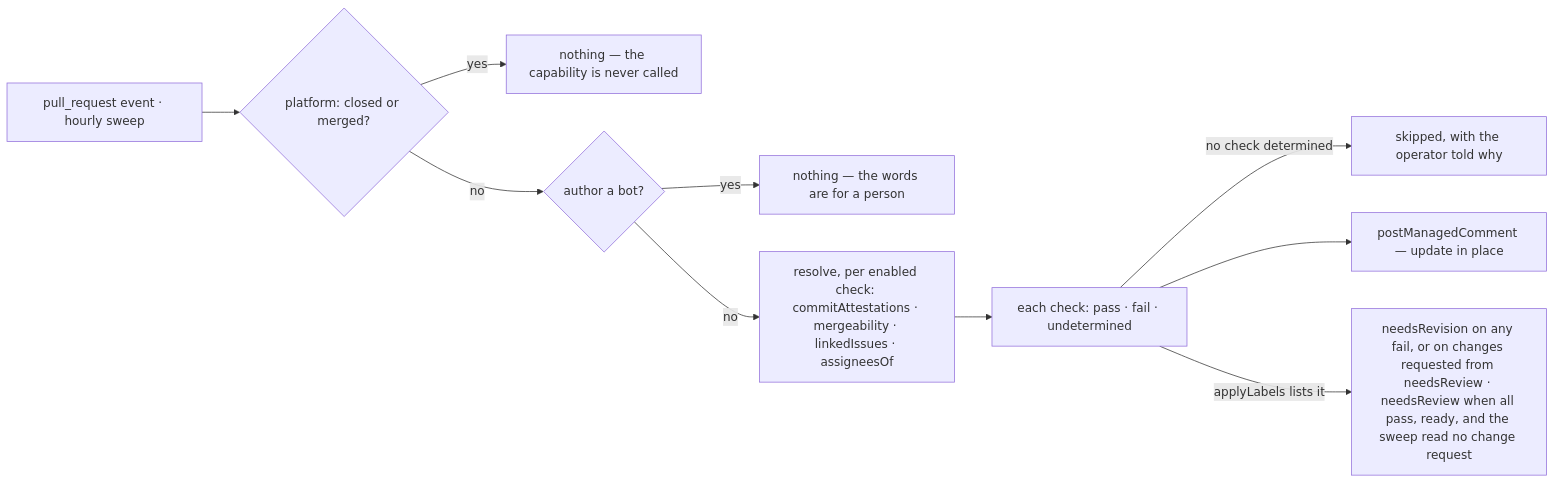
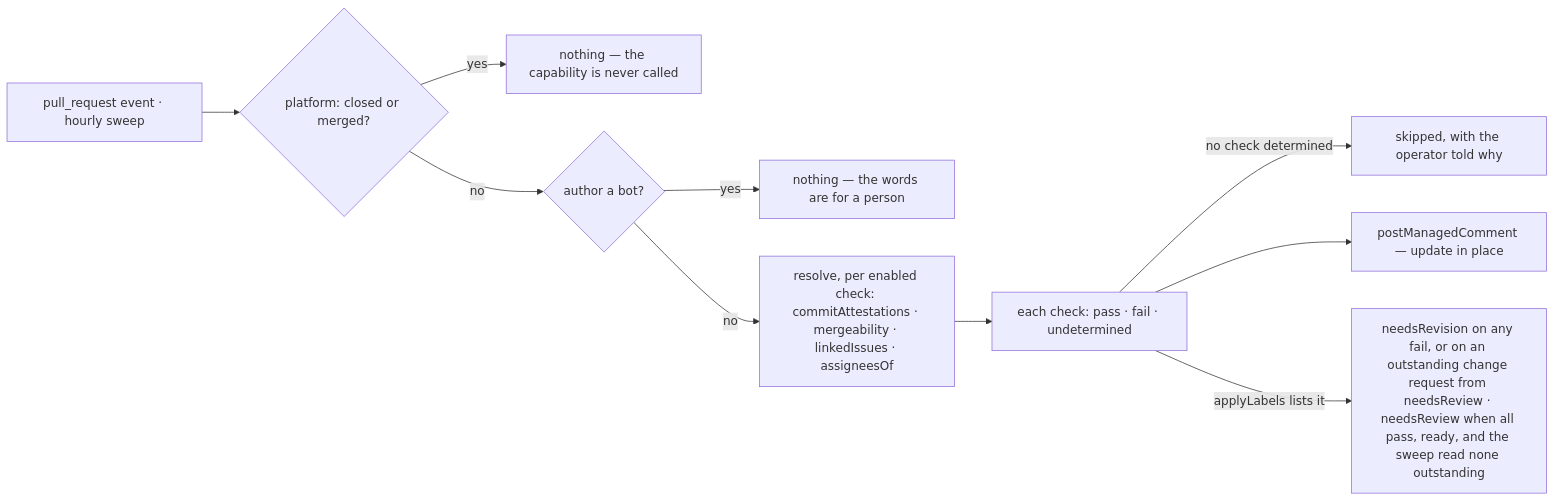
One commit to exploreriii/sdk-automations changed the diagram in packages/capabilities/src/prDashboard/design.md. Above: the diagram before and after it, drawn with Mermaid. The commit also changed other lines of this file and 6 other files, not shown here.

First line of the commit message:
fix: prDashboard reads a change request as outstanding until a newer commit

````diff
--- a/packages/capabilities/src/prDashboard/design.md
+++ b/packages/capabilities/src/prDashboard/design.md
@@ -109,12 +111,12 @@
 ```mermaid
 flowchart LR
     O["pull_request event · hourly sweep"] --> CL{"platform: closed or merged?"}
     CL -->|yes| N0["nothing — the capability is never called"]
     CL -->|no| B{"author a bot?"}
     B -->|yes| N2["nothing — the words are for a person"]
     B -->|no| R["resolve, per enabled check: commitAttestations · mergeability · linkedIssues · assigneesOf"]
     R --> S["each check: pass · fail · undetermined"]
     S -->|"no check determined"| N1["skipped, with the operator told why"]
     S --> I["postManagedComment — update in place"]
-    S -->|"applyLabels lists it"| L["needsRevision on any fail, or on changes requested from needsReview · needsReview when all pass, ready, and the sweep read no change request"]
+    S -->|"applyLabels lists it"| L["needsRevision on any fail, or on an outstanding change request from needsReview · needsReview when all pass, ready, and the sweep read none outstanding"]
 ```
````
